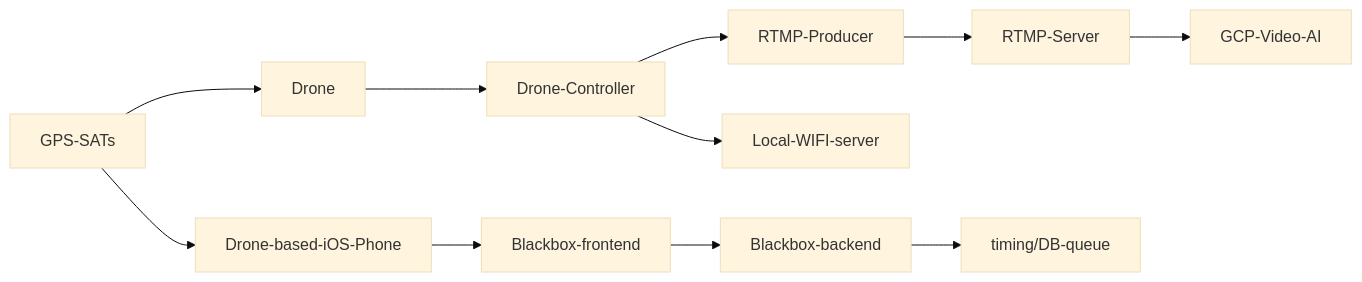
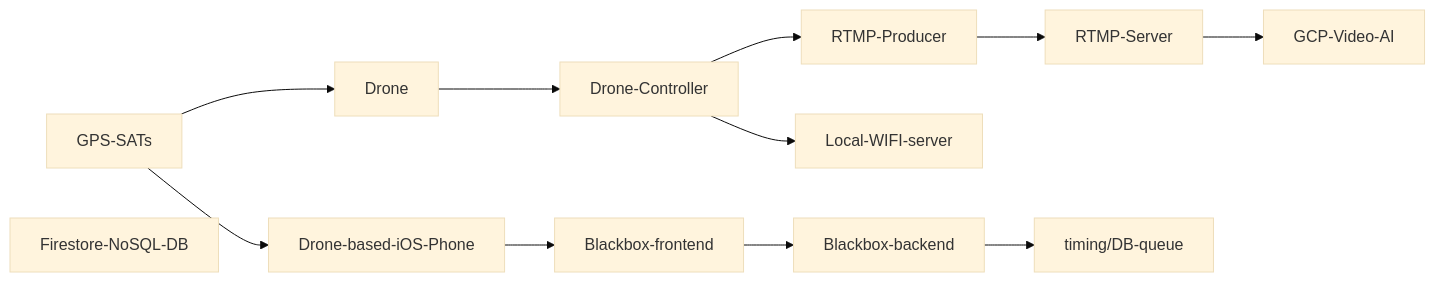
Before and after one commit to ObrienlabsDev/drone-streaming-extraction: the diagram in README.md, drawn with Mermaid (base theme). The commit also changed other lines of this file, not shown here.

````diff
--- a/README.md
+++ b/README.md
@@ -11,16 +11,18 @@
 ```mermaid
 graph LR;
     GPS-SATs-->Drone;
     Drone-->Drone-Controller;
     Drone-Controller-->RTMP-Producer;
     Drone-Controller-->Local-WIFI-server;
     GPS-SATs-->Drone-based-iOS-Phone;
     RTMP-Producer-->RTMP-Server;
     
     RTMP-Server-->GCP-Video-AI;
     
     Drone-based-iOS-Phone-->Blackbox-frontend;
     Blackbox-frontend-->Blackbox-backend;
     Blackbox-backend-->timing/DB-queue;
     
+    Firestore-NoSQL-DB;
+    
 ```
````
